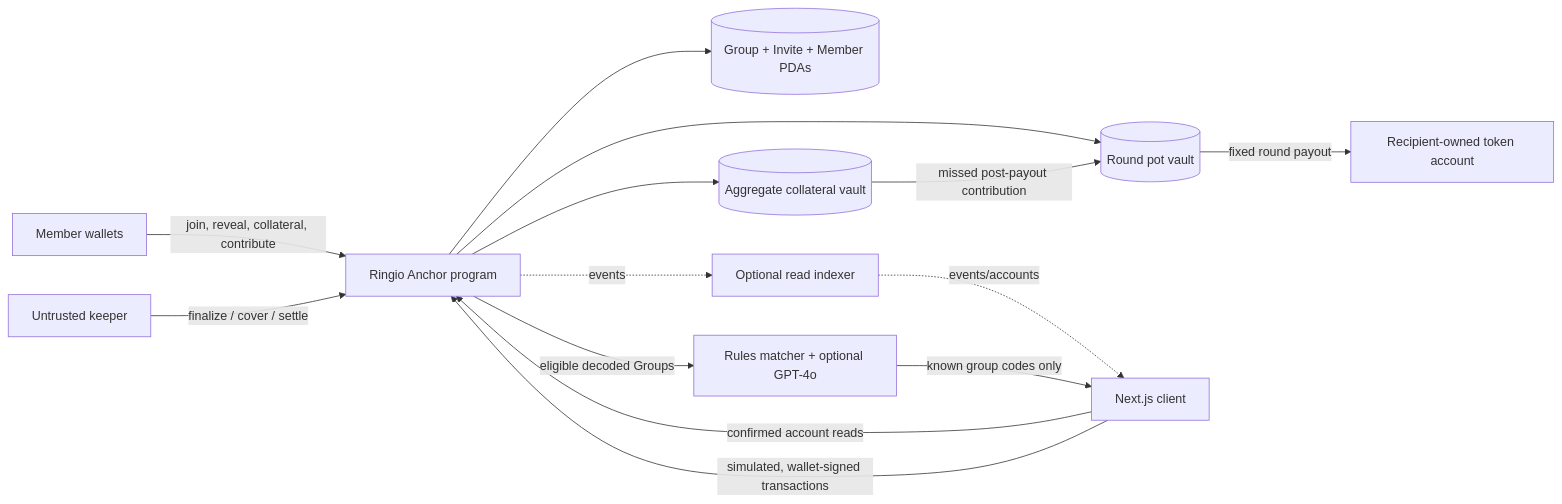
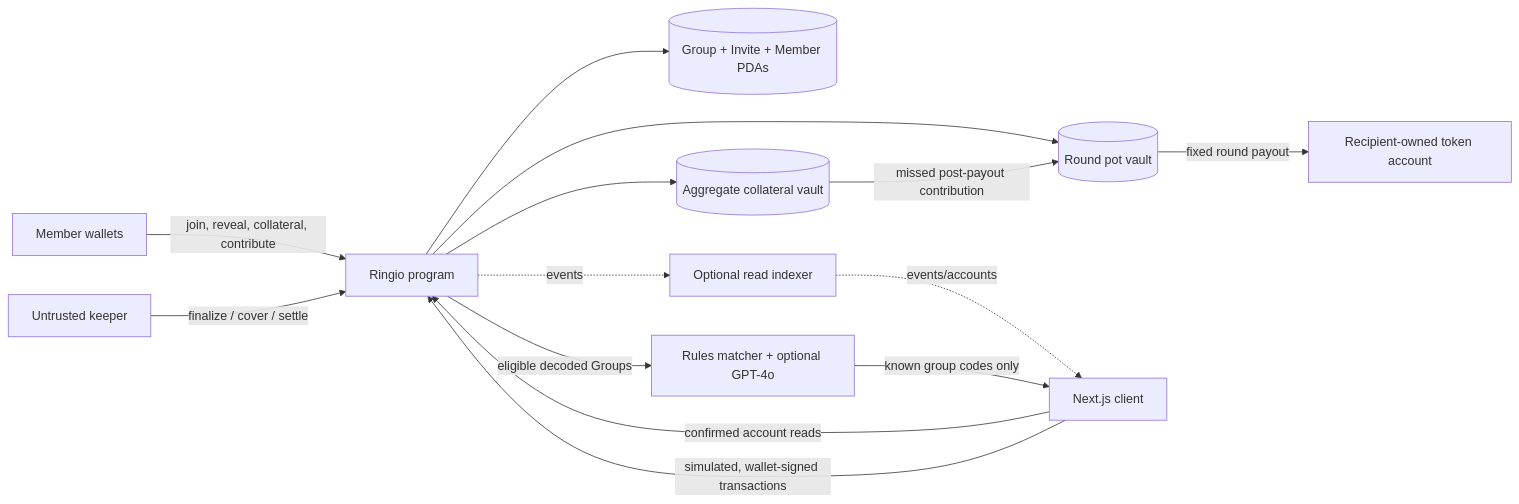
Before and after one commit to furkan3152/ringio: the diagram in docs/architecture.md, drawn with Mermaid. The commit also changed other lines of this file and 29 other files, not shown here.

````diff
--- a/docs/architecture.md
+++ b/docs/architecture.md
@@ -34,16 +34,16 @@
 ```mermaid
 flowchart LR
-    W[Member wallets] -->|join, reveal, collateral, contribute| P[Ringio Anchor program]
+    W[Member wallets] -->|join, reveal, collateral, contribute| P[Ringio program]
     K[Untrusted keeper] -->|finalize / cover / settle| P
     P --> C[(Group + Invite + Member PDAs)]
     P --> V[(Round pot vault)]
     P --> CV[(Aggregate collateral vault)]
     V -->|fixed round payout| R[Recipient-owned token account]
     CV -->|missed post-payout contribution| V
     UI[Next.js client] -->|confirmed account reads| P
     UI -->|simulated, wallet-signed transactions| P
     IX[Optional read indexer] -. events/accounts .-> UI
     P -. events .-> IX
     P -->|eligible decoded Groups| AI[Rules matcher + optional GPT-4o]
     AI -->|known group codes only| UI
 ```
````
